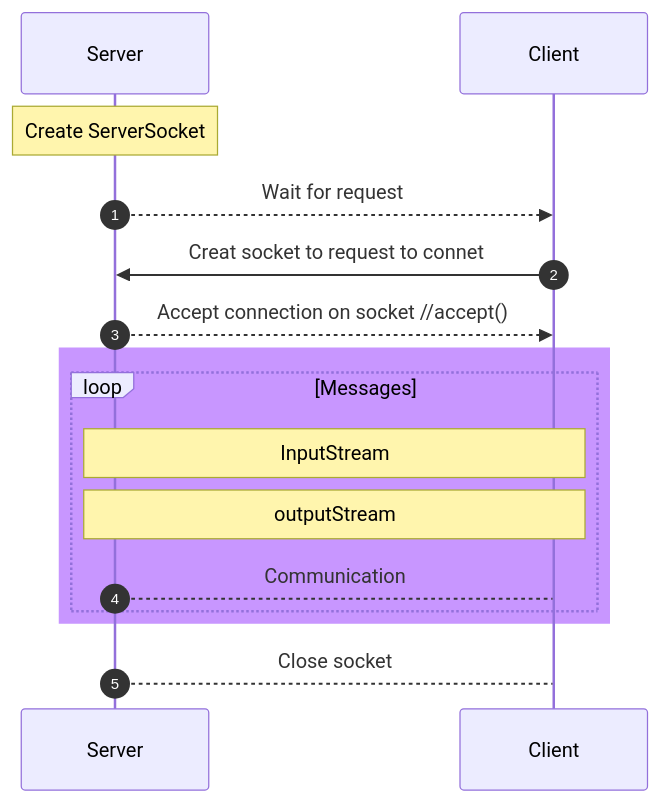
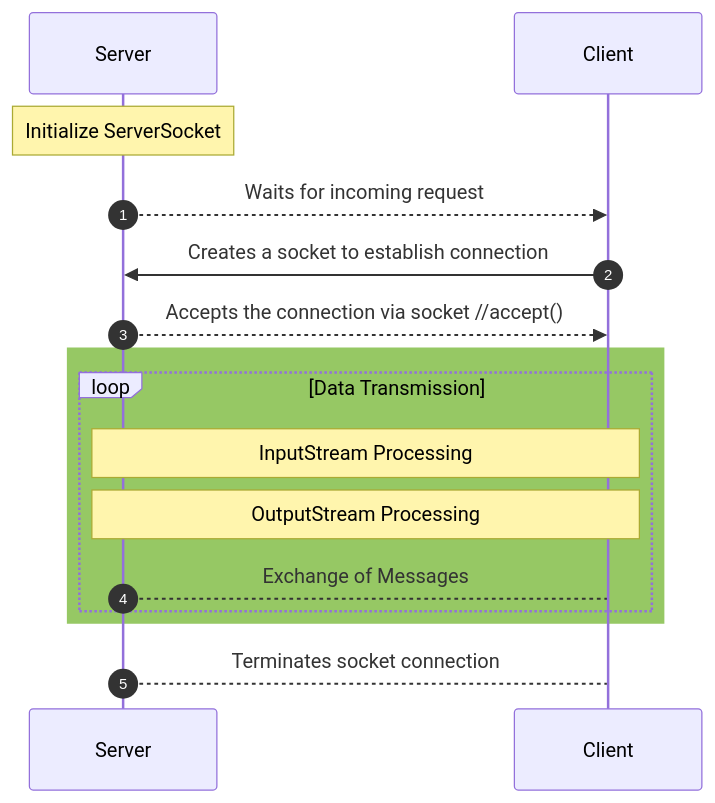
Before and after one commit to jinshuyi/Hot_Potato_Game: the diagram in README.md, drawn with Mermaid. The commit also changed other lines of this file, not shown here.

````diff
--- a/README.md
+++ b/README.md
@@ -18,18 +4,18 @@
 ```mermaid
 sequenceDiagram
     participant S as Server
     participant C as Client
     autonumber
-    Note over S: Create ServerSocket
-    S-->>C: Wait for request
-    C->>S: Creat socket to request to connet
-    S-->>C: Accept connection on socket //accept()
-    rect rgb(200, 150, 255)
-    loop Messages
-        Note over S,C: InputStream
-        Note over S,C: outputStream
-        S-->C: Communication
+    Note over S: Initialize ServerSocket
+    S-->>C: Waits for incoming request
+    C->>S: Creates a socket to establish connection
+    S-->>C: Accepts the connection via socket //accept()
+    rect rgb(150, 200, 100)
+    loop Data Transmission
+        Note over S,C: InputStream Processing
+        Note over S,C: OutputStream Processing
+        S-->C: Exchange of Messages
     end
     end
-    S-->C: Close socket
+    S-->C: Terminates socket connection
 ```
````
